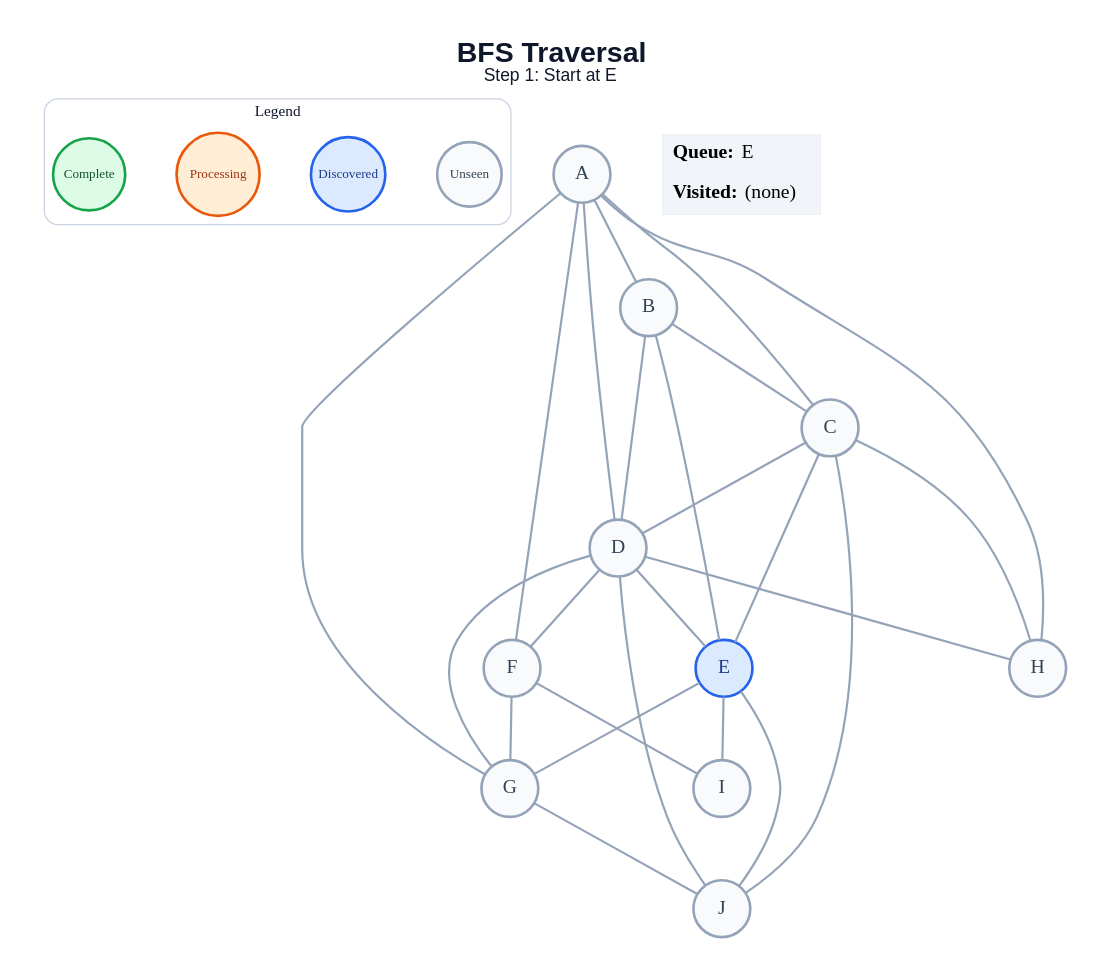
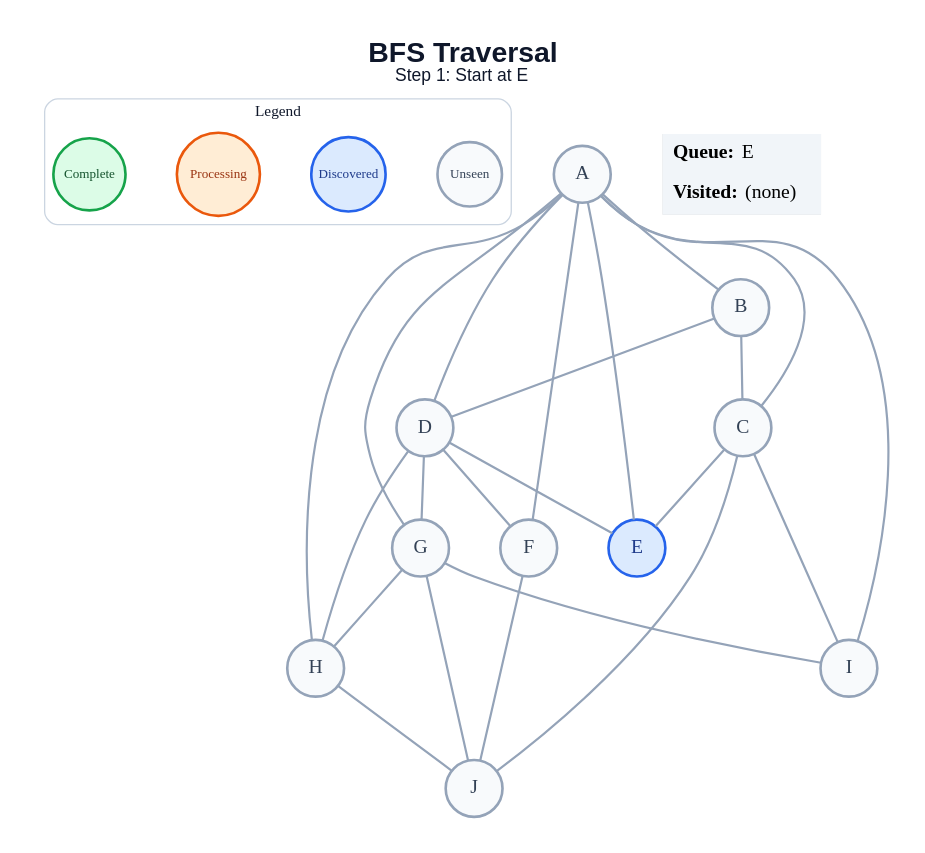
Before and after one commit to amanghodawala9/ai-slop: the diagram in generated/specific-node/bfs/step_01.dot, drawn with Graphviz. The commit also changed 178 other files, not shown here.

```diff
--- a/generated/specific-node/bfs/step_01.dot
+++ b/generated/specific-node/bfs/step_01.dot
@@ -1,53 +1,51 @@
 graph traversal {
   graph [layout=dot, rankdir=TB, bgcolor="#FFFFFF", pad="0.35", nodesep="0.65", ranksep="0.8", fontname="Arial"];
   node [shape=circle, style="filled", fontname="Arial Bold", fontsize=18, width=0.72, fixedsize=true, penwidth=2.4];
   edge [color="#94A3B8", penwidth=2.0];
   label=<<B>BFS Traversal</B><BR/><FONT POINT-SIZE="16">Step 1: Start at E</FONT>>; labelloc="t"; fontsize=26; fontname="Arial"; fontcolor="#0F172A";
   subgraph cluster_legend { label="Legend"; color="#CBD5E1"; penwidth=1.2; style="rounded"; fontsize=14; fontname="Arial Bold";
     key_unseen [label="Unseen", fillcolor="#F8FAFC", color="#94A3B8", fontcolor="#334155", fontsize=12, width=0.82];
     key_frontier [label="Discovered", fillcolor="#DBEAFE", color="#2563EB", fontcolor="#1E3A8A", fontsize=12, width=0.95];
     key_current [label="Processing", fillcolor="#FFEDD5", color="#EA580C", fontcolor="#9A3412", fontsize=12, width=1.05];
     key_done [label="Complete", fillcolor="#DCFCE7", color="#16A34A", fontcolor="#14532D", fontsize=12, width=0.92];
     { rank=same; key_unseen; key_frontier; key_current; key_done; }
   }
   A [fillcolor="#F8FAFC", color="#94A3B8", fontcolor="#334155"];
   B [fillcolor="#F8FAFC", color="#94A3B8", fontcolor="#334155"];
   C [fillcolor="#F8FAFC", color="#94A3B8", fontcolor="#334155"];
   D [fillcolor="#F8FAFC", color="#94A3B8", fontcolor="#334155"];
   E [fillcolor="#DBEAFE", color="#2563EB", fontcolor="#1E3A8A"];
   F [fillcolor="#F8FAFC", color="#94A3B8", fontcolor="#334155"];
   G [fillcolor="#F8FAFC", color="#94A3B8", fontcolor="#334155"];
   H [fillcolor="#F8FAFC", color="#94A3B8", fontcolor="#334155"];
   I [fillcolor="#F8FAFC", color="#94A3B8", fontcolor="#334155"];
   J [fillcolor="#F8FAFC", color="#94A3B8", fontcolor="#334155"];
   A -- B;
   A -- C;
   A -- D;
+  A -- E;
   A -- F;
   A -- G;
   A -- H;
+  A -- I;
   B -- C;
   B -- D;
-  B -- E;
-  C -- D;
   C -- E;
-  C -- H;
+  C -- I;
   C -- J;
   D -- E;
   D -- F;
   D -- G;
   D -- H;
-  D -- J;
-  E -- G;
-  E -- I;
-  E -- J;
-  F -- G;
-  F -- I;
+  F -- J;
+  G -- H;
+  G -- I;
   G -- J;
+  H -- J;
   status [shape=plain, fixedsize=false, width=0, height=0, margin=0, label=<
     <TABLE BORDER="0" CELLBORDER="0" CELLPADDING="7" BGCOLOR="#F1F5F9">
       <TR><TD ALIGN="LEFT"><B>Queue:</B> E</TD></TR>
       <TR><TD ALIGN="LEFT"><B>Visited:</B> (none)</TD></TR>
     </TABLE>
   >];
 }
```
